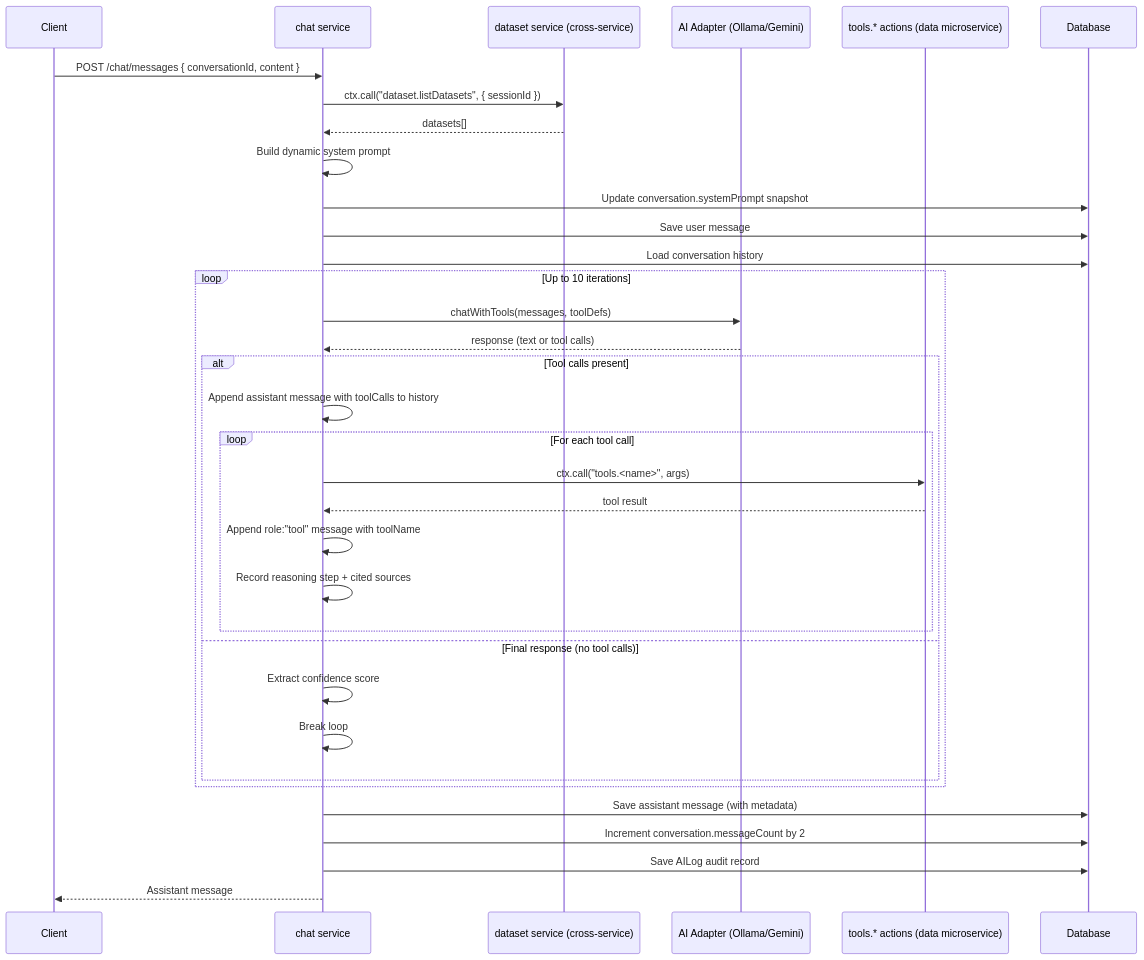
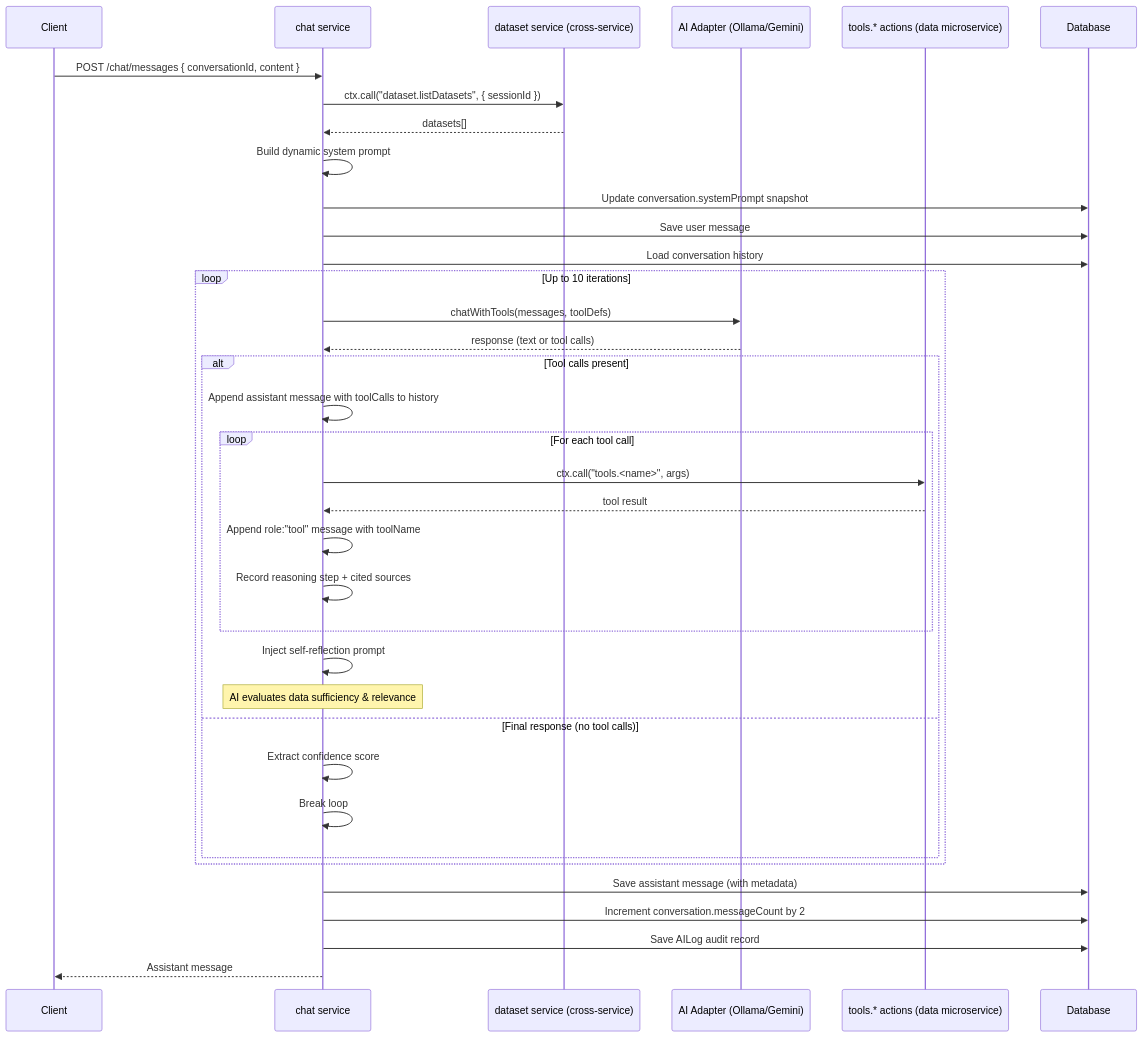
The second of 5 diagrams in docs/domain-knowledge/chat-system.md (hinora/data-analysis), drawn with Mermaid before and after one commit. The commit also changed 16 other files, not shown here.

Commit message:
Implement semantic chunking, chunk summaries, index-chunk linking, and agent self-reflection

````diff
--- a/docs/domain-knowledge/chat-system.md
+++ b/docs/domain-knowledge/chat-system.md
@@ -94,40 +94,42 @@
 ```mermaid
 sequenceDiagram
     participant Client
     participant ChatSvc as chat service
     participant DatasetSvc as dataset service (cross-service)
     participant AI as AI Adapter (Ollama/Gemini)
     participant Tools as tools.* actions (data microservice)
     participant DB as Database
 
     Client->>ChatSvc: POST /chat/messages { conversationId, content }
     ChatSvc->>DatasetSvc: ctx.call("dataset.listDatasets", { sessionId })
     DatasetSvc-->>ChatSvc: datasets[]
     ChatSvc->>ChatSvc: Build dynamic system prompt
     ChatSvc->>DB: Update conversation.systemPrompt snapshot
     ChatSvc->>DB: Save user message
     ChatSvc->>DB: Load conversation history
     
     loop Up to 10 iterations
         ChatSvc->>AI: chatWithTools(messages, toolDefs)
         AI-->>ChatSvc: response (text or tool calls)
         
         alt Tool calls present
             ChatSvc->>ChatSvc: Append assistant message with toolCalls to history
             loop For each tool call
                 ChatSvc->>Tools: ctx.call("tools.<name>", args)
                 Tools-->>ChatSvc: tool result
                 ChatSvc->>ChatSvc: Append role:"tool" message with toolName
                 ChatSvc->>ChatSvc: Record reasoning step + cited sources
             end
+            ChatSvc->>ChatSvc: Inject self-reflection prompt
+            Note over ChatSvc: AI evaluates data sufficiency & relevance
         else Final response (no tool calls)
             ChatSvc->>ChatSvc: Extract confidence score
             ChatSvc->>ChatSvc: Break loop
         end
     end
 
     ChatSvc->>DB: Save assistant message (with metadata)
     ChatSvc->>DB: Increment conversation.messageCount by 2
     ChatSvc->>DB: Save AILog audit record
     ChatSvc-->>Client: Assistant message
 ```
````
